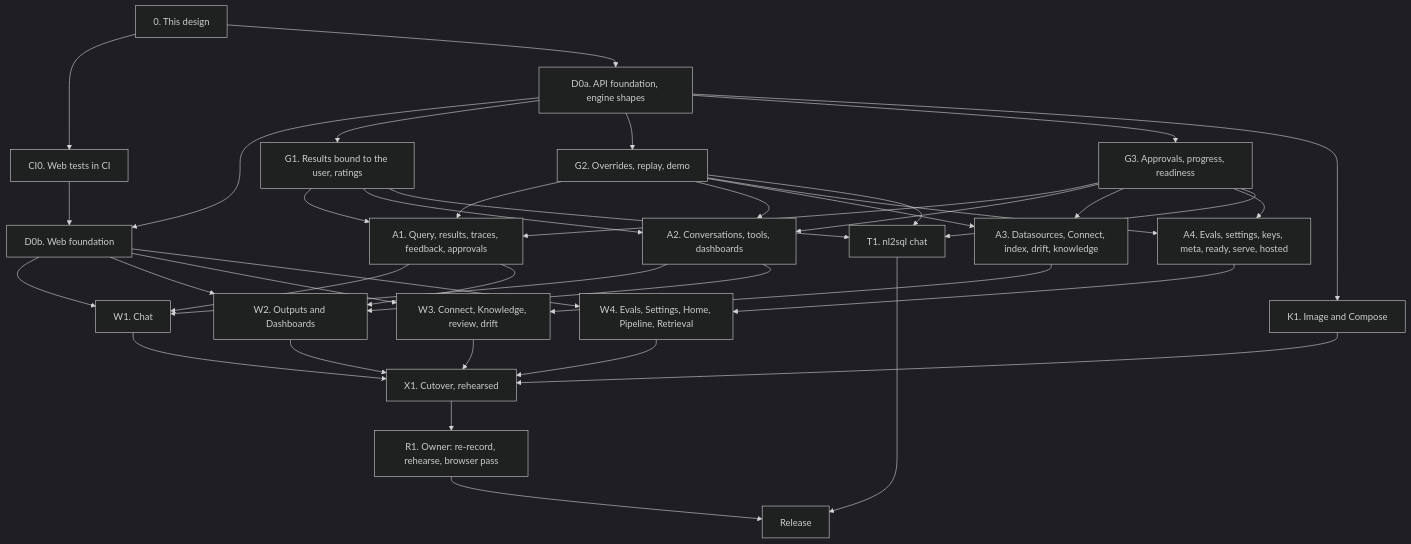
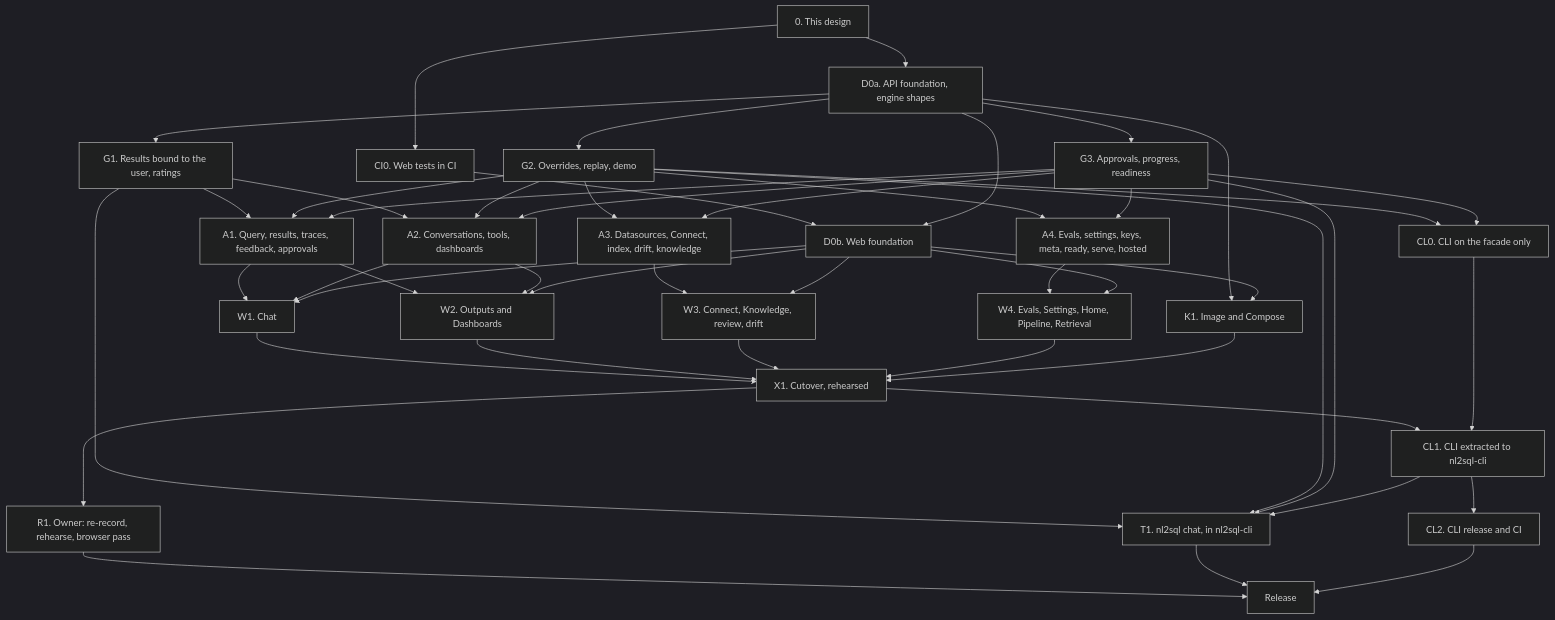
One commit to nadeem4/nl2sql changed the third of 4 diagrams in docs/architecture/wave_d.md. Above: the diagram before and after it, drawn with Mermaid (dark theme). The commit also changed other lines of this file, not shown here.

First line of the commit message:
docs(wave-d): one UI in nl2sql-ui, CLI app on the engine (#400)

````diff
--- a/docs/architecture/wave_d.md
+++ b/docs/architecture/wave_d.md
@@ -1011,42 +1050,50 @@
 ```mermaid
 flowchart TD
   D["0. This design"] --> CI0["CI0. Web tests in CI"]
   D --> D0a["D0a. API foundation, engine shapes"]
   CI0 --> D0b["D0b. Web foundation"]
   D0a --> D0b
   D0a --> G1["G1. Results bound to the user, ratings"]
   D0a --> G2["G2. Overrides, replay, demo"]
   D0a --> G3["G3. Approvals, progress, readiness"]
   G1 --> A1["A1. Query, results, traces, feedback, approvals"]
   G2 --> A1
   G3 --> A1
   G1 --> A2["A2. Conversations, tools, dashboards"]
   G2 --> A2
   G3 --> A2
   G2 --> A3["A3. Datasources, Connect, index, drift, knowledge"]
   G3 --> A3
   G2 --> A4["A4. Evals, settings, keys, meta, ready, serve, hosted"]
   G3 --> A4
   A1 --> W1["W1. Chat"]
   A2 --> W1
   D0b --> W1
   A1 --> W2["W2. Outputs and Dashboards"]
   A2 --> W2
   D0b --> W2
   A3 --> W3["W3. Connect, Knowledge, review, drift"]
   D0b --> W3
   A4 --> W4["W4. Evals, Settings, Home, Pipeline, Retrieval"]
   D0b --> W4
-  G1 --> T1["T1. nl2sql chat"]
+  G1 --> T1["T1. nl2sql chat, in nl2sql-cli"]
   G2 --> T1
   G3 --> T1
+  G2 --> CL0["CL0. CLI on the facade only"]
+  G3 --> CL0
+  X1 --> CL1["CL1. CLI extracted to nl2sql-cli"]
+  CL0 --> CL1
+  CL1 --> CL2["CL2. CLI release and CI"]
+  CL1 --> T1
   D0a --> K1["K1. Image and Compose"]
+  D0b --> K1
   W1 --> X1["X1. Cutover, rehearsed"]
   W2 --> X1
   W3 --> X1
   W4 --> X1
   K1 --> X1
   X1 --> R1["R1. Owner: re-record, rehearse, browser pass"]
   R1 --> REL["Release"]
   T1 --> REL
+  CL2 --> REL
 ```
````
